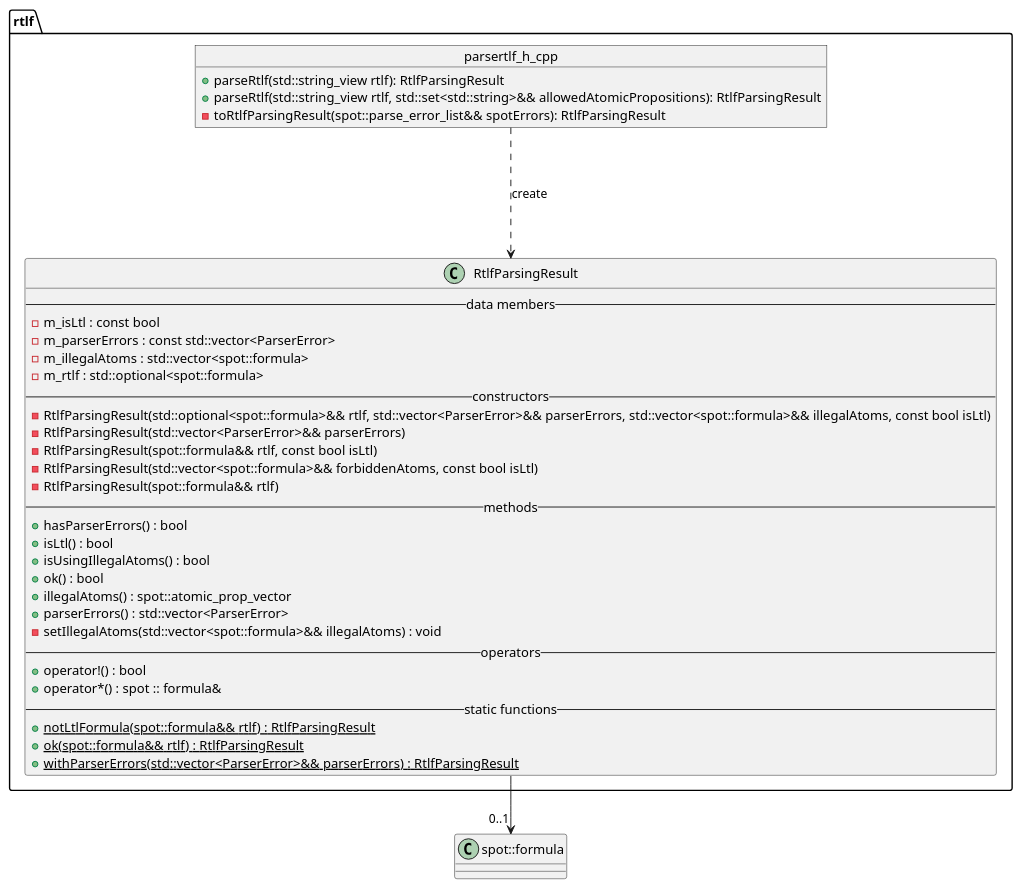
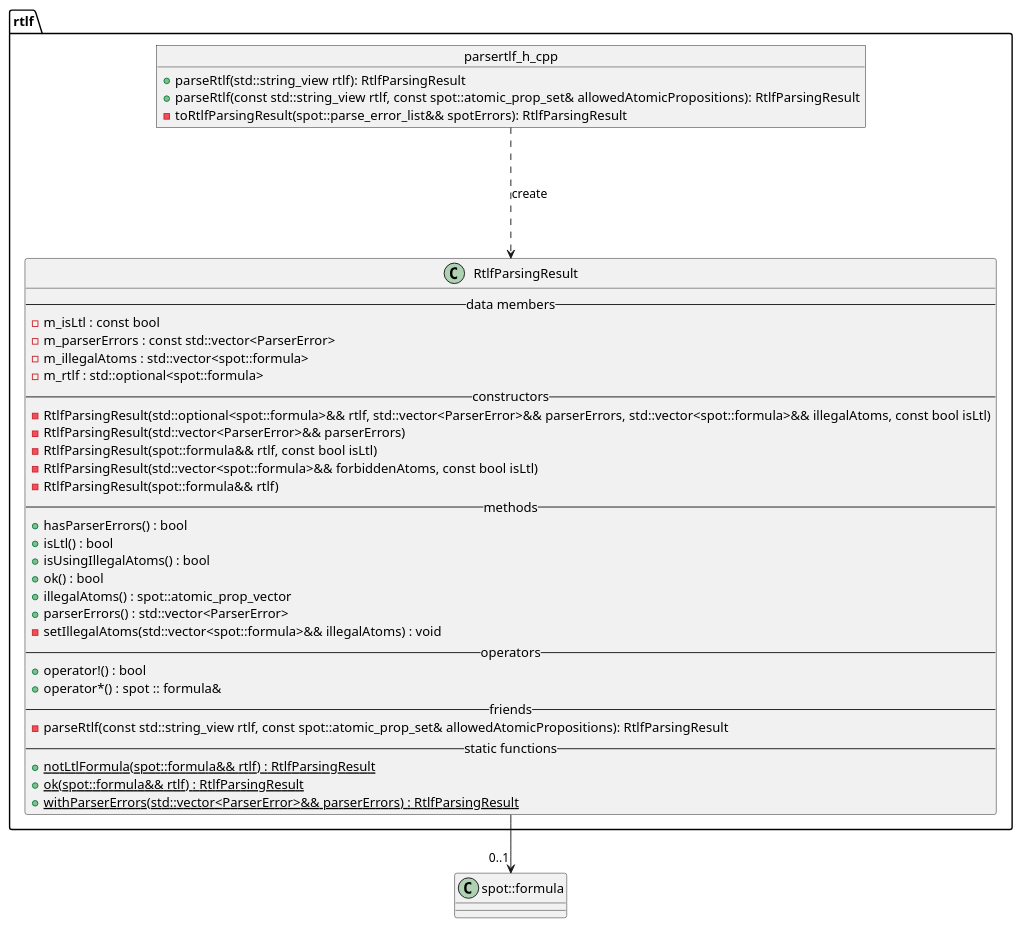
One commit to vtramo/rtl-mc changed the diagram in docs/plantuml/parser-rtlf.puml. Above: the diagram before and after it, drawn with PlantUML. The commit also changed 33 other files, not shown here.

```diff
--- a/docs/plantuml/parser-rtlf.puml
+++ b/docs/plantuml/parser-rtlf.puml
@@ -1,44 +1,46 @@
 @startuml parser-rtlf
 package rtlf {
     class RtlfParsingResult {
         --data members--
         -m_isLtl : const bool
         -m_parserErrors : const std::vector<ParserError>
         -m_illegalAtoms : std::vector<spot::formula>
         -m_rtlf : std::optional<spot::formula>
         --constructors--
         -RtlfParsingResult(std::optional<spot::formula>&& rtlf, std::vector<ParserError>&& parserErrors, std::vector<spot::formula>&& illegalAtoms, const bool isLtl)
         -RtlfParsingResult(std::vector<ParserError>&& parserErrors)
         -RtlfParsingResult(spot::formula&& rtlf, const bool isLtl)
         -RtlfParsingResult(std::vector<spot::formula>&& forbiddenAtoms, const bool isLtl)
         -RtlfParsingResult(spot::formula&& rtlf)
         --methods--
         +hasParserErrors() : bool
         +isLtl() : bool
         +isUsingIllegalAtoms() : bool
         +ok() : bool
         +illegalAtoms() : spot::atomic_prop_vector
         +parserErrors() : std::vector<ParserError>
         -setIllegalAtoms(std::vector<spot::formula>&& illegalAtoms) : void
         --operators--
         +operator!() : bool
         +operator*() : spot :: formula&
+        --friends--
+        -parseRtlf(const std::string_view rtlf, const spot::atomic_prop_set& allowedAtomicPropositions): RtlfParsingResult
         --static functions--
         +{static} notLtlFormula(spot::formula&& rtlf) : RtlfParsingResult
         +{static} ok(spot::formula&& rtlf) : RtlfParsingResult
         +{static} withParserErrors(std::vector<ParserError>&& parserErrors) : RtlfParsingResult
     }
 
     object parsertlf_h_cpp {
         +parseRtlf(std::string_view rtlf): RtlfParsingResult
-        +parseRtlf(std::string_view rtlf, std::set<std::string>&& allowedAtomicPropositions): RtlfParsingResult
+        +parseRtlf(const std::string_view rtlf, const spot::atomic_prop_set& allowedAtomicPropositions): RtlfParsingResult
         -toRtlfParsingResult(spot::parse_error_list&& spotErrors): RtlfParsingResult
     }
 }
 
 class spot::formula {}
 
 RtlfParsingResult --> "0..1" spot::formula
 parsertlf_h_cpp ...> RtlfParsingResult : create
 
 @enduml
```
